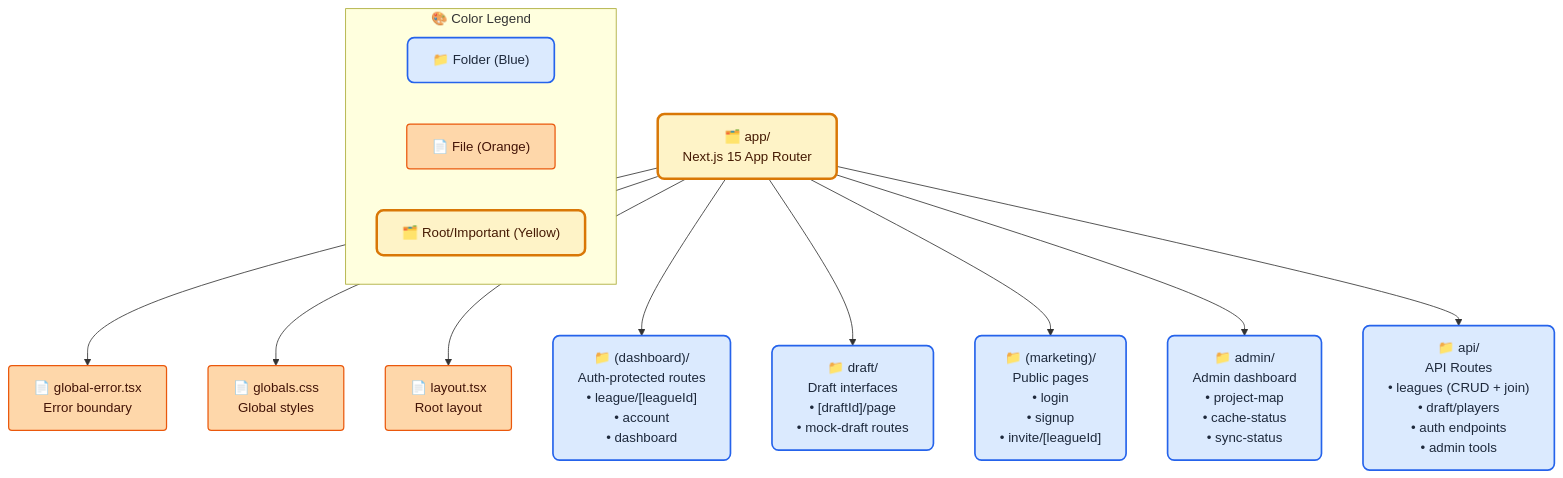
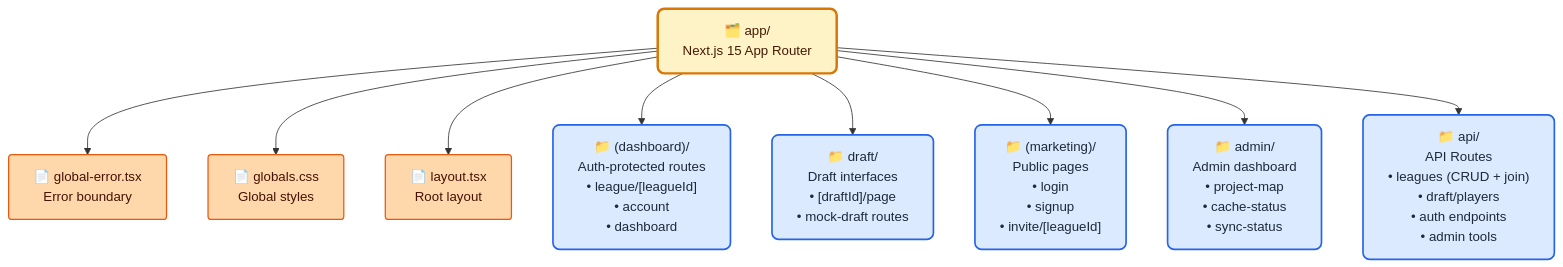
The first of 2 diagrams in docs/diagrams/project-map/app.md (kpm34/college-football-fantasy-app), drawn with Mermaid before and after one commit. The commit also changed other lines of this file and 3 other files, not shown here.

````diff
--- a/docs/diagrams/project-map/app.md
+++ b/docs/diagrams/project-map/app.md
@@ -3,58 +3,49 @@
 ```mermaid
 flowchart TB
   classDef folder fill:#dbeafe,stroke:#2563eb,stroke-width:2,color:#1e293b,rx:8,ry:8
   classDef file fill:#fed7aa,stroke:#ea580c,stroke-width:1.5,color:#431407,rx:4,ry:4
   classDef highlight fill:#fef3c7,stroke:#d97706,stroke-width:3,color:#451a03,rx:8,ry:8
   
   R["🗂️ app/<br/>Next.js 15 App Router"]
   class R highlight
   
   %% Root files
   global_error_tsx["📄 global-error.tsx<br/>Error boundary"]
   class global_error_tsx file
   R --> global_error_tsx
   
   globals_css["📄 globals.css<br/>Global styles"]
   class globals_css file
   R --> globals_css
   
   layout_tsx["📄 layout.tsx<br/>Root layout"]
   class layout_tsx file
   R --> layout_tsx
   
   %% Main route groups
   app_dashboard_["📁 (dashboard)/<br/>Auth-protected routes<br/>• league/[leagueId]<br/>• account<br/>• dashboard"]
   class app_dashboard_ folder
   R --> app_dashboard_
   click app_dashboard_ "/admin/project-map/app/dashboard" "Open dashboard routes"
   
   app_draft_["📁 draft/<br/>Draft interfaces<br/>• [draftId]/page<br/>• mock-draft routes"]
   class app_draft_ folder
   R --> app_draft_
   click app_draft_ "/admin/project-map/app/draft" "Open draft routes"
   
   app_marketing_["📁 (marketing)/<br/>Public pages<br/>• login<br/>• signup<br/>• invite/[leagueId]"]
   class app_marketing_ folder
   R --> app_marketing_
   click app_marketing_ "/admin/project-map/app/marketing" "Open marketing routes"
   
   app_admin_["📁 admin/<br/>Admin dashboard<br/>• project-map<br/>• cache-status<br/>• sync-status"]
   class app_admin_ folder
   R --> app_admin_
   click app_admin_ "/admin/project-map/app/admin" "Open admin tools"
   
   app_api_["📁 api/<br/>API Routes<br/>• leagues (CRUD + join)<br/>• draft/players<br/>• auth endpoints<br/>• admin tools"]
   class app_api_ folder
   R --> app_api_
   click app_api_ "/admin/project-map/app/api" "Open API routes"
 
-  %% Legend
-  subgraph legend["🎨 Color Legend"]
-    folder_legend["📁 Folder (Blue)"]
-    class folder_legend folder
-    file_legend["📄 File (Orange)"]
-    class file_legend file
-    highlight_legend["🗂️ Root/Important (Yellow)"]
-    class highlight_legend highlight
-  end
 ```
````
